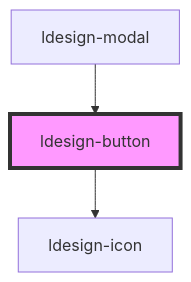
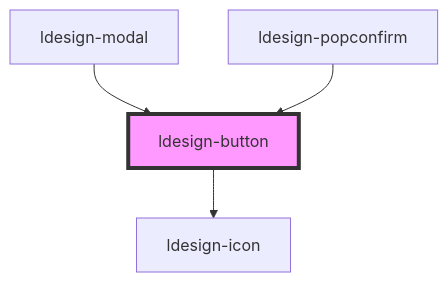
One commit to poly1603/ldesign changed the diagram in packages/webcomponent/src/components/button/readme.md. Above: the diagram before and after it, drawn with Mermaid. The commit also changed other lines of this file and 25 other files, not shown here.

````diff
--- a/packages/webcomponent/src/components/button/readme.md
+++ b/packages/webcomponent/src/components/button/readme.md
@@ -69,6 +72,7 @@
 ```mermaid
 graph TD;
   ldesign-button --> ldesign-icon
   ldesign-modal --> ldesign-button
+  ldesign-popconfirm --> ldesign-button
   style ldesign-button fill:#f9f,stroke:#333,stroke-width:4px
 ```
````
